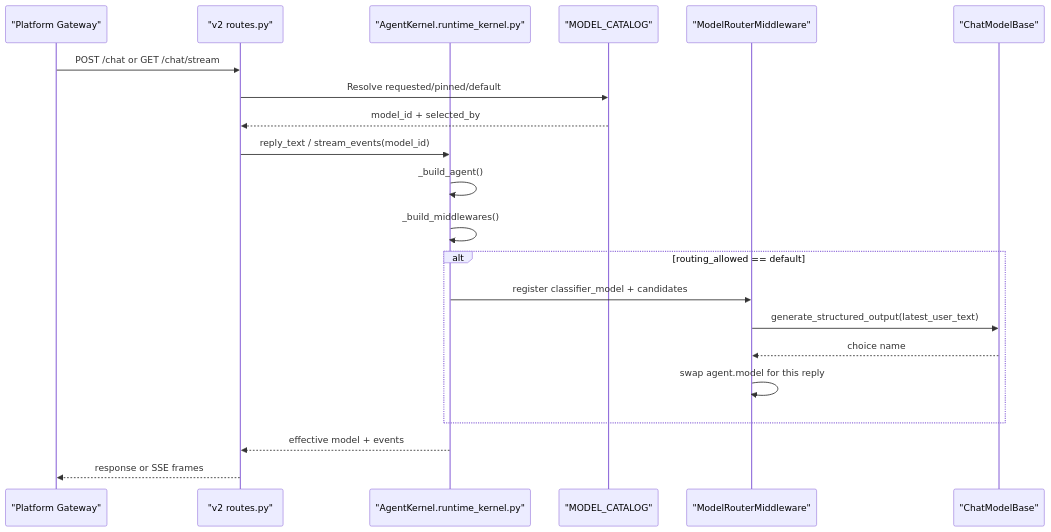
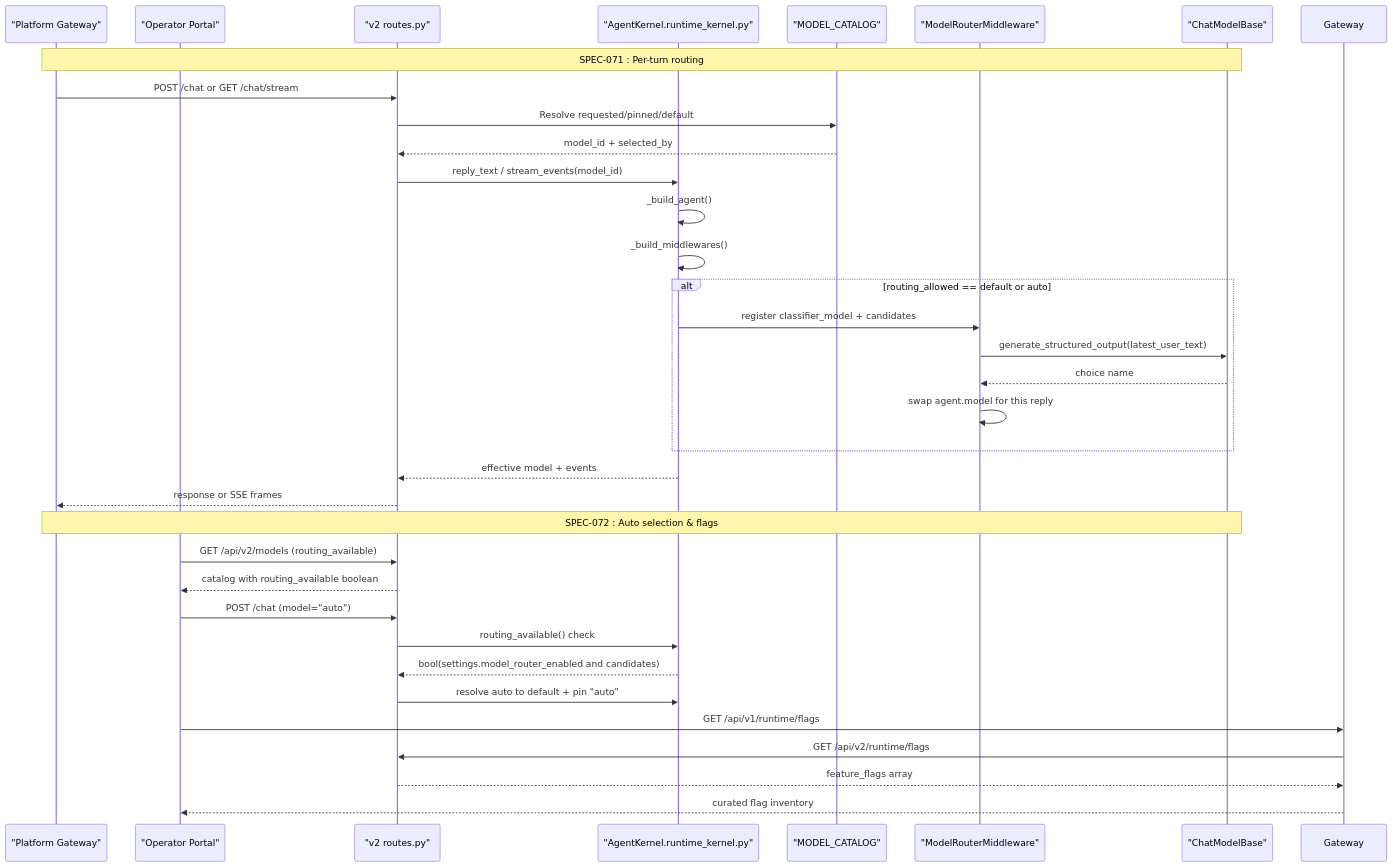
One commit to metasync/luban-aiops changed the second of 7 diagrams in .qoder/repowiki/en/content/Shared Contracts/SPEC-071_ AgentScope Model Router Per-Turn Routing.md. Above: the diagram before and after it, drawn with Mermaid. The commit also changed other lines of this file and 6 other files, not shown here.

````diff
--- a/.qoder/repowiki/en/content/Shared Contracts/SPEC-071_ AgentScope Model Router Per-Turn Routing.md
+++ b/.qoder/repowiki/en/content/Shared Contracts/SPEC-071_ AgentScope Model Router Per-Turn Routing.md
@@ -128,23 +136,36 @@
 ```mermaid
 sequenceDiagram
 participant Client as "Platform Gateway"
+participant Portal as "Operator Portal"
 participant Routes as "v2 routes.py"
 participant Kernel as "AgentKernel.runtime_kernel.py"
 participant Catalog as "MODEL_CATALOG"
 participant Router as "ModelRouterMiddleware"
 participant Provider as "ChatModelBase"
+Note over Client,Provider : SPEC-071 : Per-turn routing
 Client->>Routes : POST /chat or GET /chat/stream
 Routes->>Catalog : Resolve requested/pinned/default
 Catalog-->>Routes : model_id + selected_by
 Routes->>Kernel : reply_text / stream_events(model_id)
 Kernel->>Kernel : _build_agent()
 Kernel->>Kernel : _build_middlewares()
-alt routing_allowed == default
+alt routing_allowed == default or auto
 Kernel->>Router : register classifier_model + candidates
 Router->>Provider : generate_structured_output(latest_user_text)
 Provider-->>Router : choice name
 Router->>Router : swap agent.model for this reply
 end
 Kernel-->>Routes : effective model + events
 Routes-->>Client : response or SSE frames
+Note over Client,Provider : SPEC-072 : Auto selection & flags
+Portal->>Routes : GET /api/v2/models (routing_available)
+Routes-->>Portal : catalog with routing_available boolean
+Portal->>Routes : POST /chat (model="auto")
+Routes->>Kernel : routing_available() check
+Kernel-->>Routes : bool(settings.model_router_enabled and candidates)
+Routes->>Kernel : resolve auto to default + pin "auto"
+Portal->>Gateway : GET /api/v1/runtime/flags
+Gateway->>Routes : GET /api/v2/runtime/flags
+Routes-->>Gateway : feature_flags array
+Gateway-->>Portal : curated flag inventory
 ```
````
